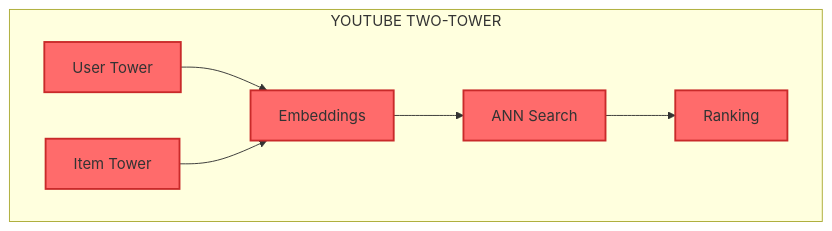
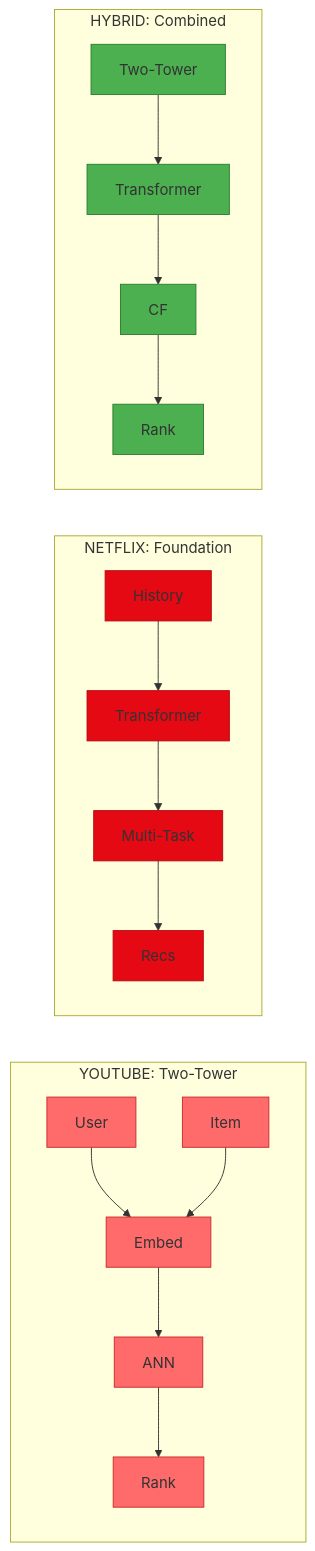
Before and after one commit to robiriu/robiriu.github.io: the fourth of 4 diagrams in docs/index.md, drawn with Mermaid. The commit also changed other lines of this file, not shown here.

Commit message:
fix: compact mermaid chart - single diagram with 3 subgraphs

````diff
--- a/docs/index.md
+++ b/docs/index.md
@@ -385,12 +385,20 @@
 ```mermaid
 flowchart LR
-    subgraph YT["YOUTUBE TWO-TOWER"]
-        direction LR
-        YT1["User Tower"] --> YT3["Embeddings"]
-        YT2["Item Tower"] --> YT3
-        YT3 --> YT4["ANN Search"] --> YT5["Ranking"]
+    subgraph YT["YOUTUBE: Two-Tower"]
+        YT1[User] & YT2[Item] --> YT3[Embed] --> YT4[ANN] --> YT5[Rank]
+    end
+    subgraph NF["NETFLIX: Foundation"]
+        NF1[History] --> NF2[Transformer] --> NF3[Multi-Task] --> NF4[Recs]
+    end
+    subgraph HY["HYBRID: Combined"]
+        HY1[Two-Tower] --> HY2[Transformer] --> HY3[CF] --> HY4[Rank]
     end
 
-    classDef ytStyle fill:#FF6B6B,stroke:#C92A2A,stroke-width:2px
+    classDef ytStyle fill:#FF6B6B,stroke:#C92A2A
+    classDef nfStyle fill:#E50914,stroke:#B20710
+    classDef hyStyle fill:#4CAF50,stroke:#2E7D32
+
     class YT1,YT2,YT3,YT4,YT5 ytStyle
+    class NF1,NF2,NF3,NF4 nfStyle
+    class HY1,HY2,HY3,HY4 hyStyle
 ```
````
